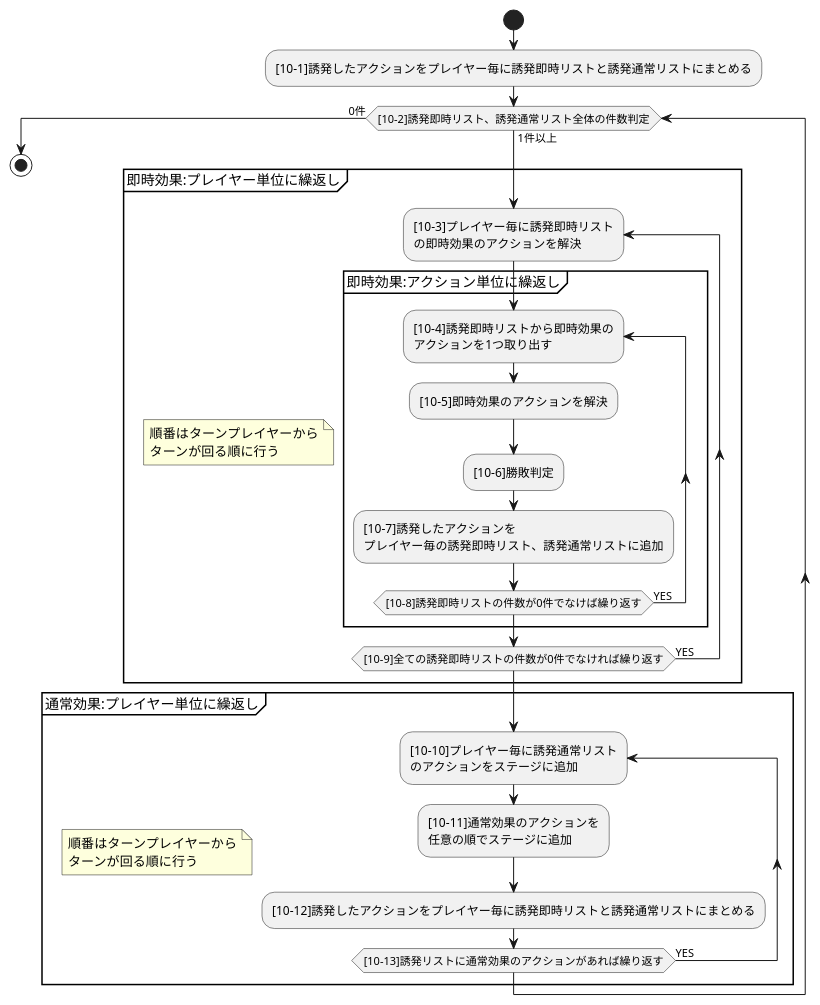
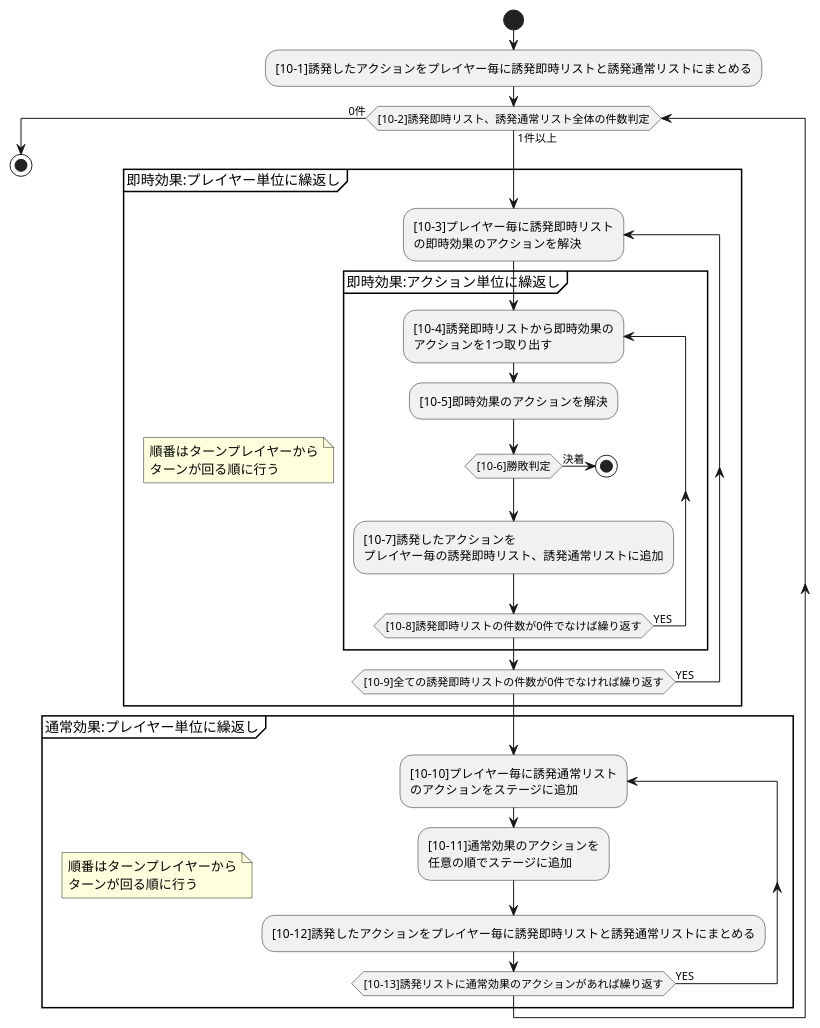
One commit to BlackPoker/BlackPoker changed the diagram in source/core/triggerflow.puml. Above: the diagram before and after it, drawn with PlantUML.

Commit message:
勝敗判定ロジックに誤りがあったので修正

```diff
--- a/source/core/triggerflow.puml
+++ b/source/core/triggerflow.puml
@@ -1,34 +1,36 @@
 @startuml
 start
 :[10-1]誘発したアクションをプレイヤー毎に誘発即時リストと誘発通常リストにまとめる;
 while([10-2]誘発即時リスト、誘発通常リスト全体の件数判定) is (1件以上)
     group 即時効果:プレイヤー単位に繰返し
     note
         順番はターンプレイヤーから
         ターンが回る順に行う
     end note
     repeat :[10-3]プレイヤー毎に誘発即時リスト\nの即時効果のアクションを解決;
         group 即時効果:アクション単位に繰返し
         repeat :[10-4]誘発即時リストから即時効果の\nアクションを1つ取り出す;
             :[10-5]即時効果のアクションを解決;
-            :[10-6]勝敗判定;
+            if([10-6]勝敗判定) then (決着)
+                stop
+            endif
             :[10-7]誘発したアクションを\nプレイヤー毎の誘発即時リスト、誘発通常リストに追加;
         repeat while ([10-8]誘発即時リストの件数が0件でなけば繰り返す) is (YES)
         end group
     repeat while([10-9]全ての誘発即時リストの件数が0件でなければ繰り返す) is (YES)
     end group
 
     group 通常効果:プレイヤー単位に繰返し
     note
         順番はターンプレイヤーから
         ターンが回る順に行う
     end note
     repeat :[10-10]プレイヤー毎に誘発通常リスト\nのアクションをステージに追加;
         :[10-11]通常効果のアクションを\n任意の順でステージに追加;
         :[10-12]誘発したアクションをプレイヤー毎に誘発即時リストと誘発通常リストにまとめる;
     repeat while ([10-13]誘発リストに通常効果のアクションがあれば繰り返す) is (YES)
     end group
 
 endwhile (0件)
     stop
 @enduml
```
